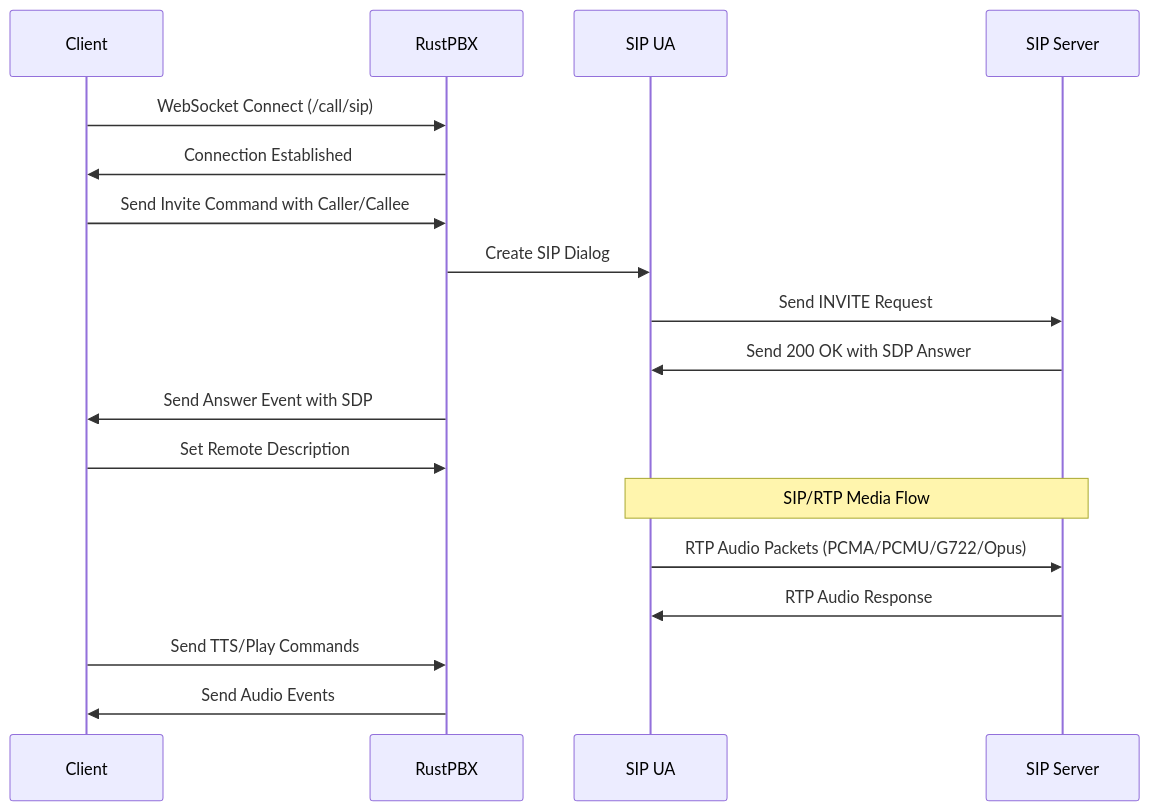
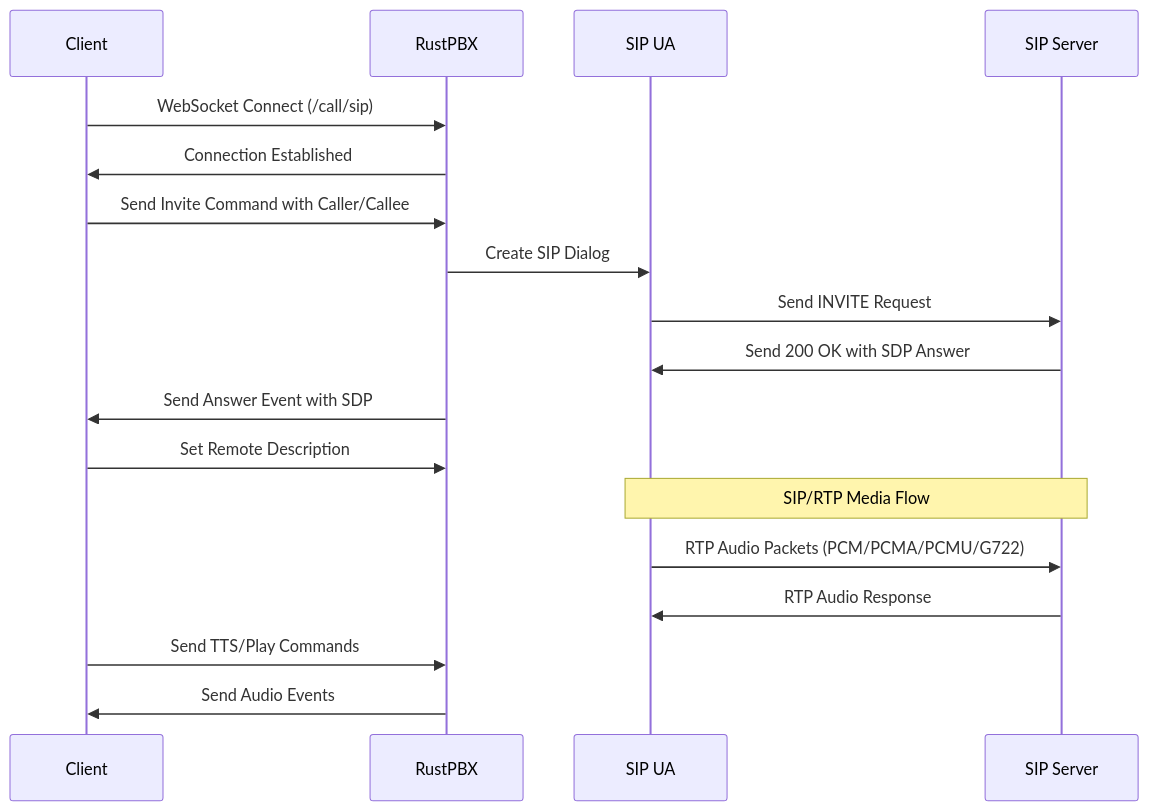
The third of 4 diagrams in docs/api.md (miuda-ai/active-call), drawn with Mermaid before and after one commit. The commit also changed other lines of this file and 5 other files, not shown here.

Commit message:
refactor: update audio codec handling and improve recorder tests for G.722 and PCMA

````diff
--- a/docs/api.md
+++ b/docs/api.md
@@ -124,25 +124,25 @@
 ```mermaid
 sequenceDiagram
     participant Client
     participant RustPBX
     participant SIP UA
     participant SIP Server
 
     Client->>RustPBX: WebSocket Connect (/call/sip)
     RustPBX->>Client: Connection Established
     
     Client->>RustPBX: Send Invite Command with Caller/Callee
     RustPBX->>SIP UA: Create SIP Dialog
     SIP UA->>SIP Server: Send INVITE Request
     SIP Server->>SIP UA: Send 200 OK with SDP Answer
     
     RustPBX->>Client: Send Answer Event with SDP
     Client->>RustPBX: Set Remote Description
     
     Note over SIP UA,SIP Server: SIP/RTP Media Flow
-    SIP UA->>SIP Server: RTP Audio Packets (PCMA/PCMU/G722/Opus)
+    SIP UA->>SIP Server: RTP Audio Packets (PCM/PCMA/PCMU/G722)
     SIP Server->>SIP UA: RTP Audio Response
     
     Client->>RustPBX: Send TTS/Play Commands
     RustPBX->>Client: Send Audio Events
 ```
````
